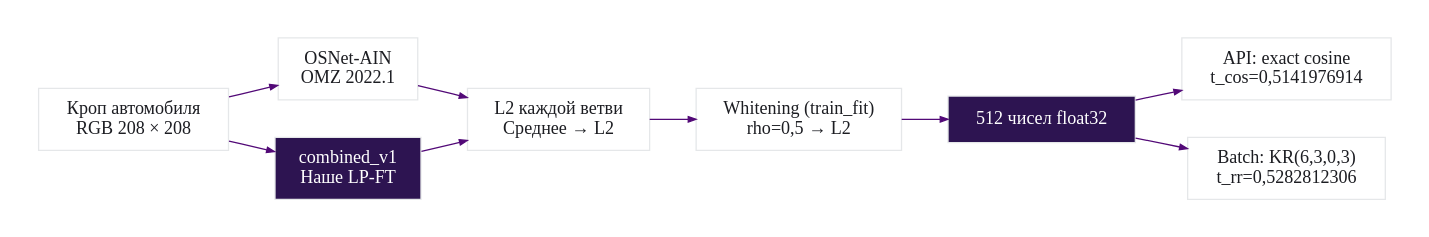
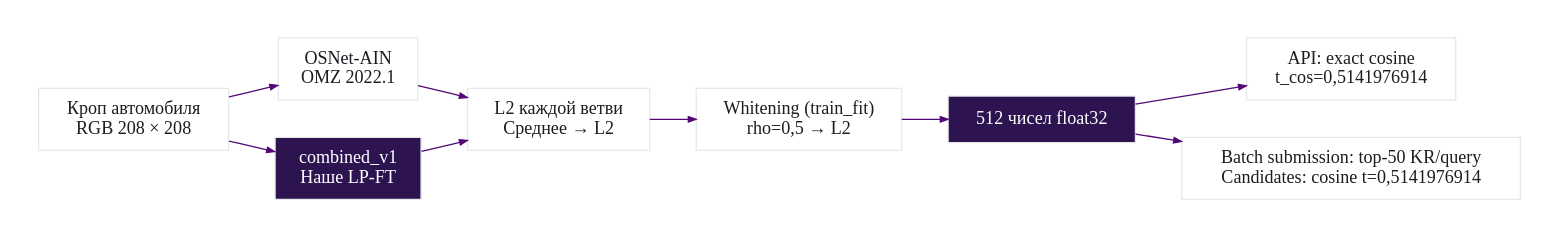
The diagram in 05-presentation/assets/pipeline.dot (artemmalanin979-create/hackathon-lct-vehicle-reid), drawn with Graphviz before and after one commit. The commit also changed 13 other files, not shown here.

```diff
--- a/05-presentation/assets/pipeline.dot
+++ b/05-presentation/assets/pipeline.dot
@@ -1,14 +1,14 @@
 digraph pipeline {
  graph [rankdir=LR,bgcolor="white",pad="0.3",nodesep="0.4",ranksep="0.5",fontname="Montserrat"];
  node [shape=box,fontname="Montserrat",fontsize=14,color="#E5E7E9",fontcolor="#1C1D22",margin="0.18,0.12"];
  edge [color="#520977",arrowsize=0.6];
  input [label="Кроп автомобиля\nRGB 208 × 208"];
  a [label="OSNet-AIN\nOMZ 2022.1"];
  b [label="combined_v1\nНаше LP-FT",style=filled,fillcolor="#2D1451",fontcolor="white"];
  fusion [label="L2 каждой ветви\nСреднее → L2"];
  whitening [label="Whitening (train_fit)\nrho=0,5 → L2"];
  output [label="512 чисел float32",style=filled,fillcolor="#2D1451",fontcolor="white"];
  api [label="API: exact cosine\nt_cos=0,5141976914"];
- batch [label="Batch: KR(6,3,0,3)\nt_rr=0,5282812306"];
+ batch [label="Batch submission: top-50 KR/query\nCandidates: cosine t=0,5141976914"];
  input -> {a,b}; {a,b} -> fusion -> whitening -> output; output -> {api,batch};
 }
```
